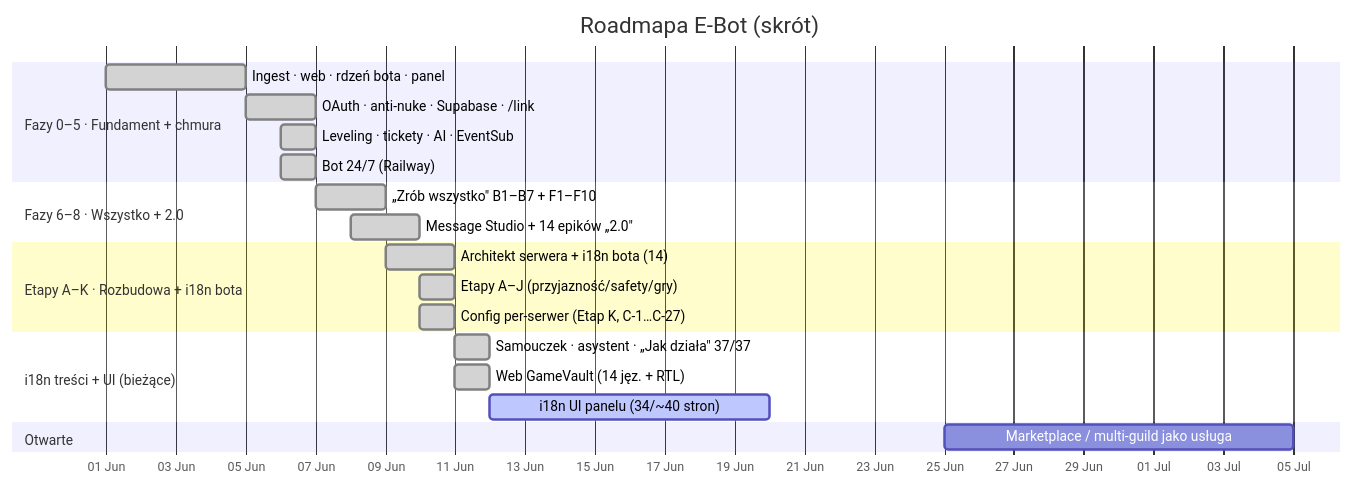
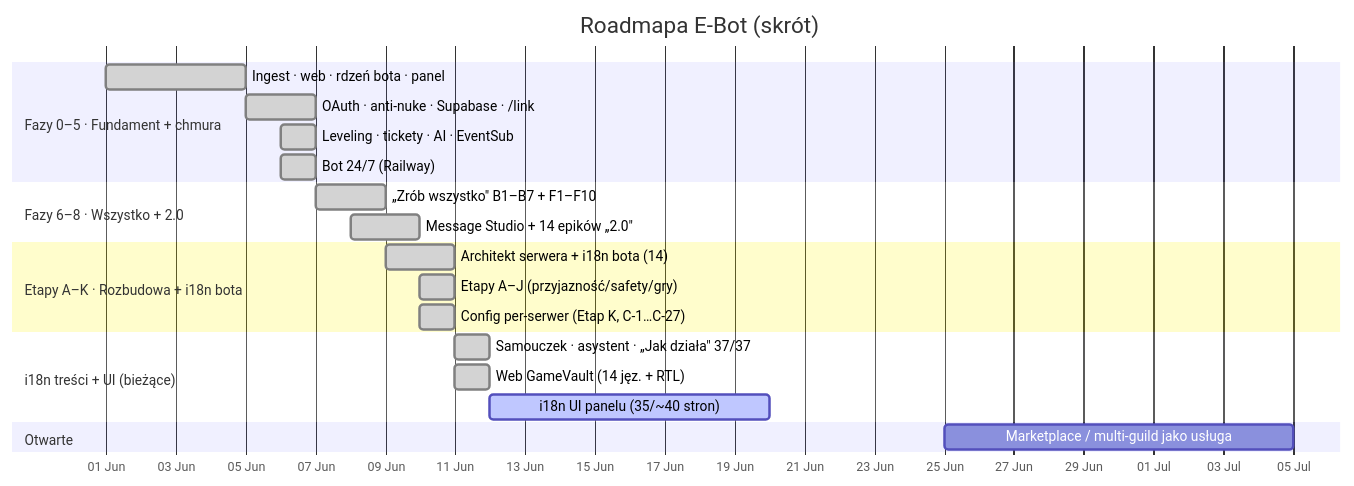
One commit to Gh0s777tt/E-Bot changed the first of 2 diagrams in docs/ROADMAP.md. Above: the diagram before and after it, drawn with Mermaid. The commit also changed other lines of this file and 6 other files, not shown here.

````diff
--- a/docs/ROADMAP.md
+++ b/docs/ROADMAP.md
@@ -23,24 +23,24 @@
 ```mermaid
 gantt
   title Roadmapa E-Bot (skrót)
   dateFormat YYYY-MM-DD
   axisFormat %d %b
   section Fazy 0–5 · Fundament + chmura
   Ingest · web · rdzeń bota · panel    :done, f0, 2026-06-01, 4d
   OAuth · anti-nuke · Supabase · /link :done, f1, 2026-06-05, 2d
   Leveling · tickety · AI · EventSub   :done, f4, 2026-06-06, 1d
   Bot 24/7 (Railway)                   :done, f5, 2026-06-06, 1d
   section Fazy 6–8 · Wszystko + 2.0
   „Zrób wszystko" B1–B7 + F1–F10       :done, f7, 2026-06-07, 2d
   Message Studio + 14 epików „2.0"     :done, f8, 2026-06-08, 2d
   section Etapy A–K · Rozbudowa + i18n bota
   Architekt serwera + i18n bota (14)   :done, ek1, 2026-06-09, 2d
   Etapy A–J (przyjazność/safety/gry)   :done, ek2, 2026-06-10, 1d
   Config per-serwer (Etap K, C-1…C-27) :done, ek3, 2026-06-10, 1d
   section i18n treści + UI (bieżące)
   Samouczek · asystent · „Jak działa" 37/37 :done, i1, 2026-06-11, 1d
   Web GameVault (14 jęz. + RTL)        :done, i2, 2026-06-11, 1d
-  i18n UI panelu (34/~40 stron)        :active, i3, 2026-06-12, 8d
+  i18n UI panelu (35/~40 stron)        :active, i3, 2026-06-12, 8d
   section Otwarte
   Marketplace / multi-guild jako usługa :        mk, 2026-06-25, 10d
 ```
````
